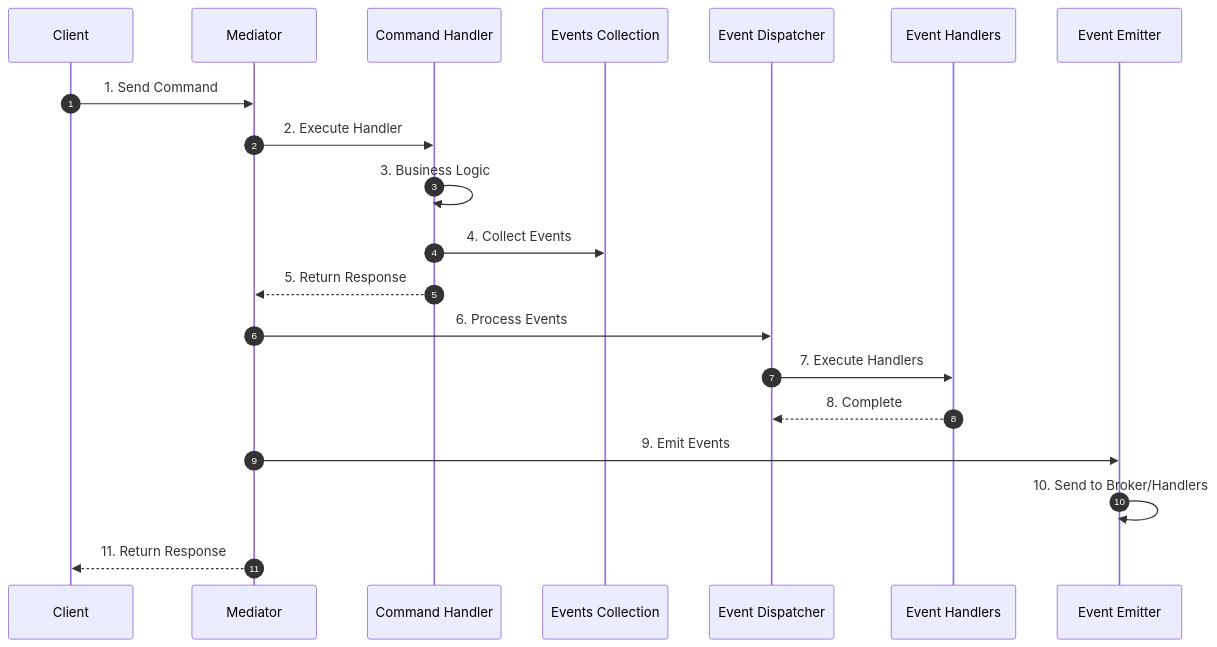
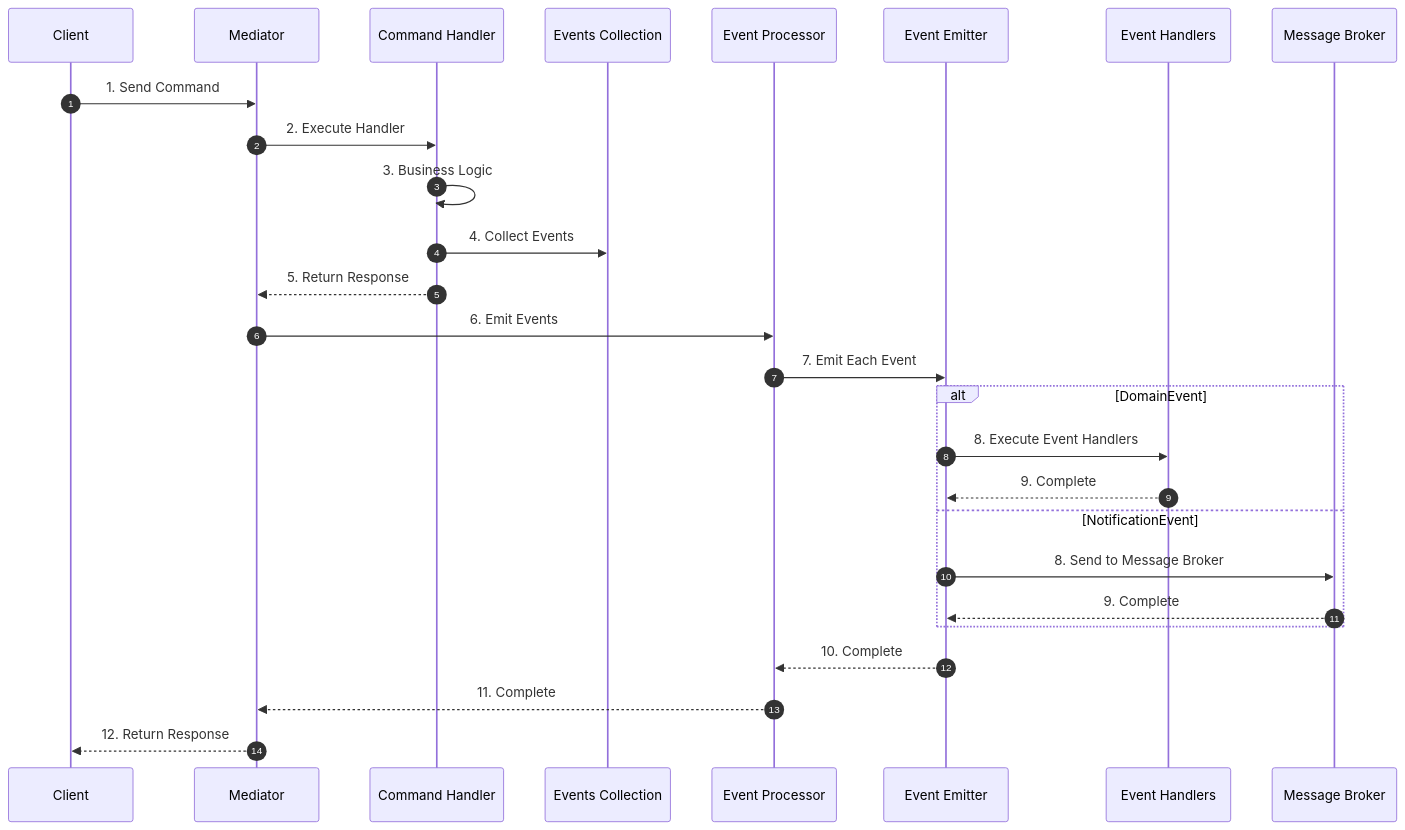
The first of 3 diagrams in docs/event_handler/event_flow.md (vadikko2/python-cqrs-mkdocs), drawn with Mermaid before and after one commit. The commit also changed other lines of this file and 2 other files, not shown here.

Commit message:
Fix event processing documentation

````diff
--- a/docs/event_handler/event_flow.md
+++ b/docs/event_handler/event_flow.md
@@ -21,26 +21,33 @@
 ```mermaid
 sequenceDiagram
     autonumber
     participant Client
     participant Mediator
     participant Handler as Command Handler
     participant Events as Events Collection
-    participant Dispatcher as Event Dispatcher
+    participant Processor as Event Processor
+    participant Emitter as Event Emitter
     participant Handlers as Event Handlers
-    participant Emitter as Event Emitter
+    participant Broker as Message Broker
 
     Client->>Mediator: 1. Send Command
     Mediator->>Handler: 2. Execute Handler
     Handler->>Handler: 3. Business Logic
     Handler->>Events: 4. Collect Events
     Handler-->>Mediator: 5. Return Response
     
-    Mediator->>Dispatcher: 6. Process Events
-    Dispatcher->>Handlers: 7. Execute Handlers
-    Handlers-->>Dispatcher: 8. Complete
+    Mediator->>Processor: 6. Emit Events
+    Processor->>Emitter: 7. Emit Each Event
     
-    Mediator->>Emitter: 9. Emit Events
-    Emitter->>Emitter: 10. Send to Broker/Handlers
+    alt DomainEvent
+        Emitter->>Handlers: 8. Execute Event Handlers
+        Handlers-->>Emitter: 9. Complete
+    else NotificationEvent
+        Emitter->>Broker: 8. Send to Message Broker
+        Broker-->>Emitter: 9. Complete
+    end
     
-    Mediator-->>Client: 11. Return Response
+    Emitter-->>Processor: 10. Complete
+    Processor-->>Mediator: 11. Complete
+    Mediator-->>Client: 12. Return Response
 ```
````
